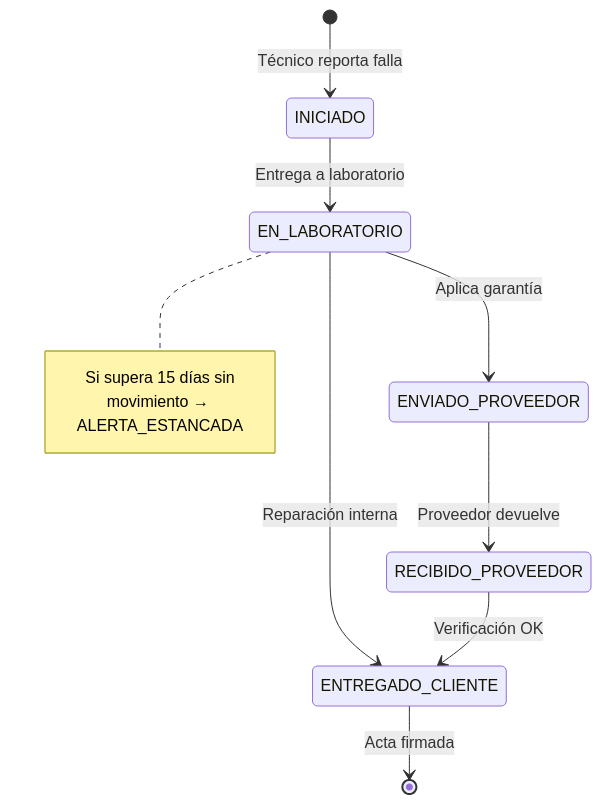
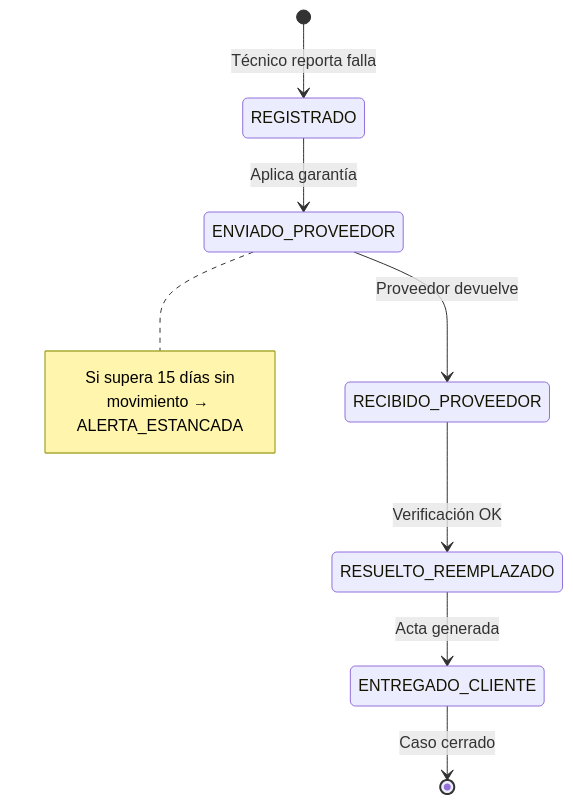
Before and after one commit to mrwil82/SIGAI-SES: the first of 6 diagrams in ENTREGABLES_SIGAI_SES/01_DOCUMENTACION_TECNICA/ARQUITECTURA/02_DIAGRAMAS_FLUJO_Y_PROCESOS.md, drawn with Mermaid. The commit also changed other lines of this file and 54 other files, not shown here.

````diff
--- a/ENTREGABLES_SIGAI_SES/01_DOCUMENTACION_TECNICA/ARQUITECTURA/02_DIAGRAMAS_FLUJO_Y_PROCESOS.md
+++ b/ENTREGABLES_SIGAI_SES/01_DOCUMENTACION_TECNICA/ARQUITECTURA/02_DIAGRAMAS_FLUJO_Y_PROCESOS.md
@@ -44,15 +44,14 @@
 ```mermaid
 stateDiagram-v2
-    [*] --> INICIADO: Técnico reporta falla
-    INICIADO --> EN_LABORATORIO: Entrega a laboratorio
-    EN_LABORATORIO --> ENVIADO_PROVEEDOR: Aplica garantía
-    EN_LABORATORIO --> ENTREGADO_CLIENTE: Reparación interna
+    [*] --> REGISTRADO: Técnico reporta falla
+    REGISTRADO --> ENVIADO_PROVEEDOR: Aplica garantía
     ENVIADO_PROVEEDOR --> RECIBIDO_PROVEEDOR: Proveedor devuelve
-    RECIBIDO_PROVEEDOR --> ENTREGADO_CLIENTE: Verificación OK
-    ENTREGADO_CLIENTE --> [*]: Acta firmada
+    RECIBIDO_PROVEEDOR --> RESUELTO_REEMPLAZADO: Verificación OK
+    RESUELTO_REEMPLAZADO --> ENTREGADO_CLIENTE: Acta generada
+    ENTREGADO_CLIENTE --> [*]: Caso cerrado
 
-    note right of EN_LABORATORIO
+    note right of ENVIADO_PROVEEDOR
         Si supera 15 días sin
         movimiento → ALERTA_ESTANCADA
     end note
 ```
````
